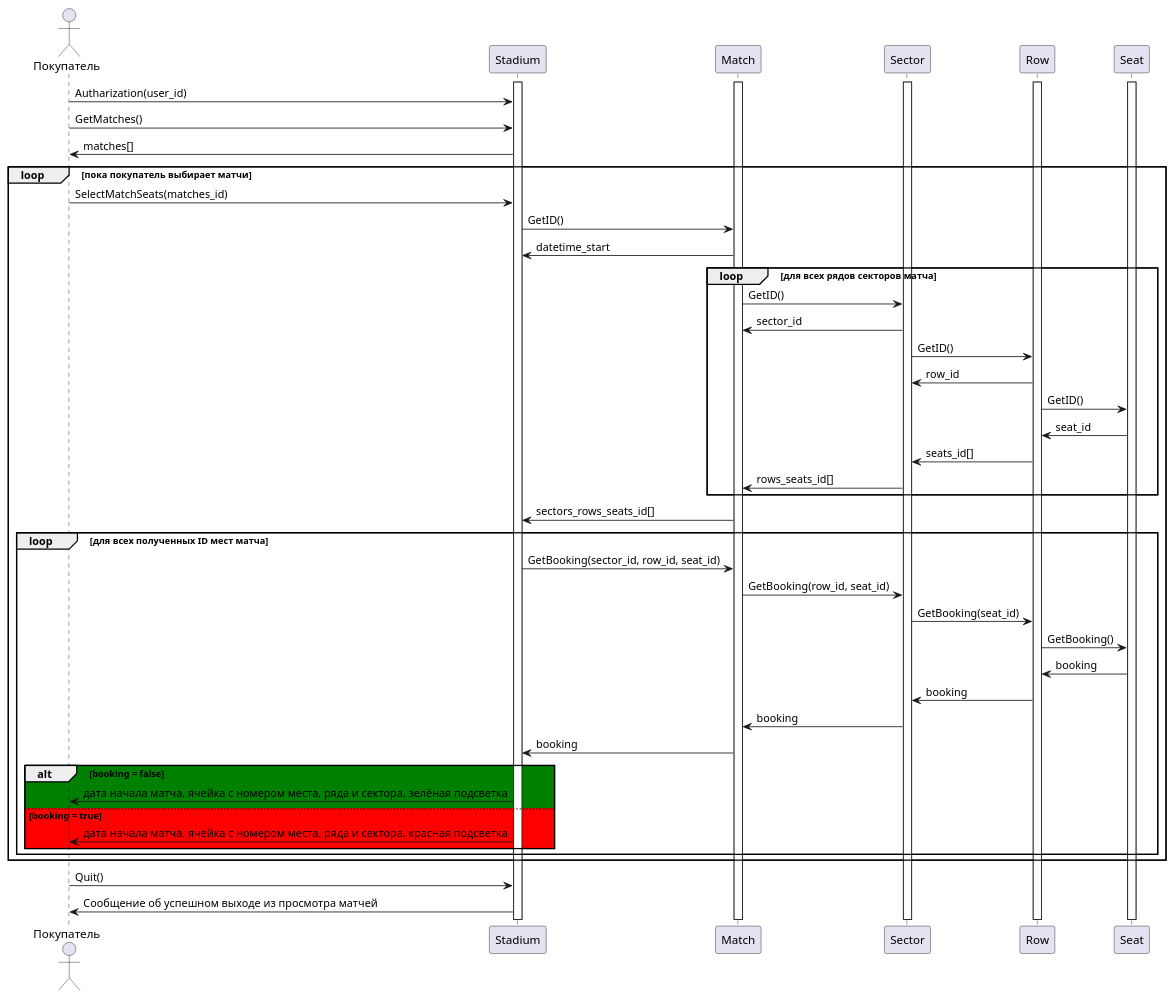
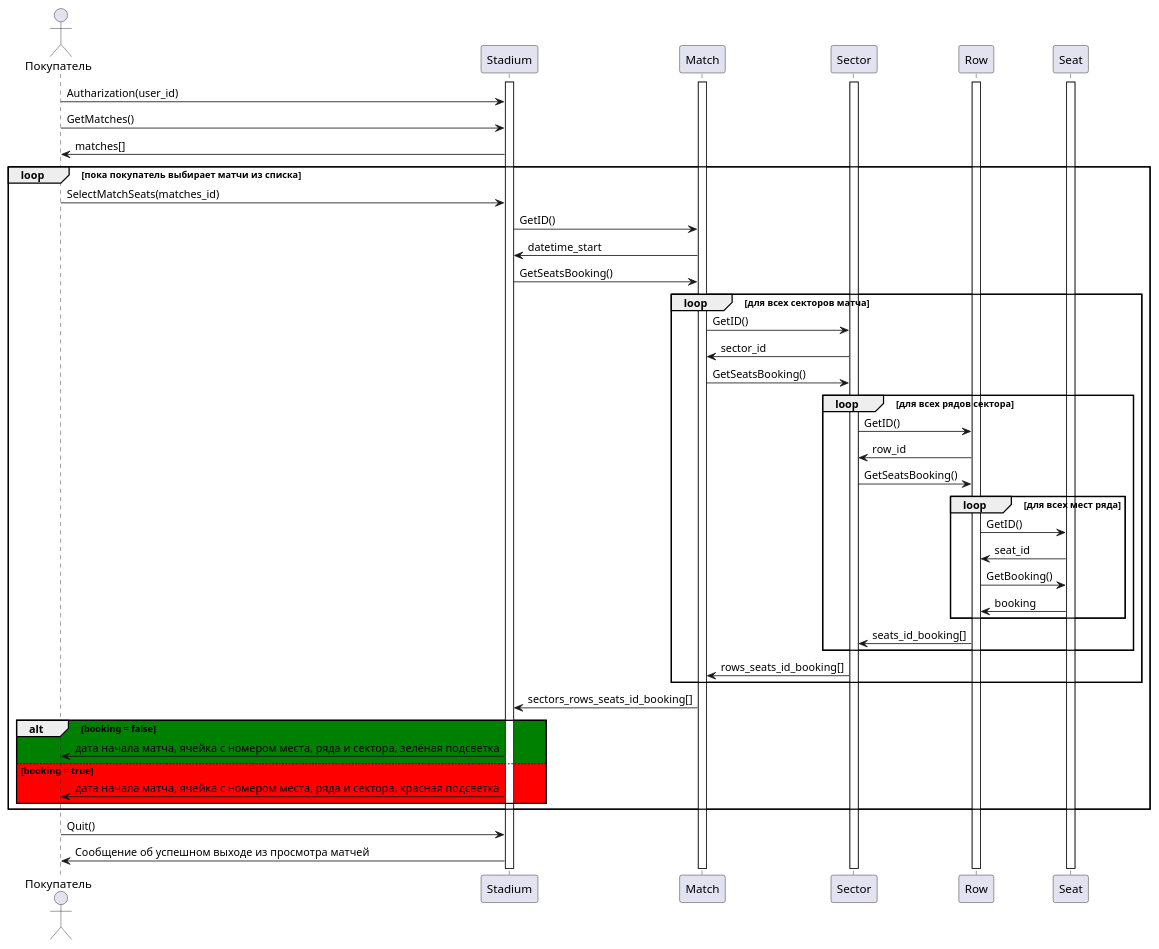
The diagram in Прецеденты/Диаграмма просмотра свободных мест.md (penamarth/bsbo-03-23_team4_var10_football), drawn with PlantUML before and after one commit. The commit also changed 4 other files, not shown here.

Commit message:
Мелкие правки всех диаграмм

````diff
--- a/Прецеденты/Диаграмма просмотра свободных мест.md
+++ b/Прецеденты/Диаграмма просмотра свободных мест.md
@@ -1,68 +1,69 @@
 ```plantuml
 @startuml
 actor Покупатель
 
 activate Stadium
 activate Match
 activate Sector
 activate Row
 activate Seat
 
 Покупатель -> Stadium : Autharization(user_id)
 
 Покупатель -> Stadium : GetMatches()
 Покупатель <- Stadium : matches[]
 
 
-loop пока покупатель выбирает матчи
+loop пока покупатель выбирает матчи из списка
 
 Покупатель -> Stadium : SelectMatchSeats(matches_id)
 Stadium -> Match : GetID()
 Stadium <- Match : datetime_start
+Stadium -> Match : GetSeatsBooking()
 
 
-loop для всех рядов секторов матча
+loop для всех секторов матча
 
 Match -> Sector : GetID()
 Match <- Sector : sector_id
+Match -> Sector : GetSeatsBooking()
+
+loop для всех рядов сектора
+
 Sector -> Row : GetID()
 Sector <- Row : row_id
+Sector -> Row: GetSeatsBooking()
+
+loop для всех мест ряда
+
 Row -> Seat : GetID()
 Row <- Seat : seat_id
-Sector <- Row : seats_id[]
-Match <- Sector : rows_seats_id[]
+Row -> Seat : GetBooking()
+Row <- Seat : booking
 
 end
 
+Sector <- Row : seats_id_booking[]
 
-Stadium <- Match : sectors_rows_seats_id[]
+end
 
+Match <- Sector : rows_seats_id_booking[]
 
-loop для всех полученных ID мест матча
+end
 
-Stadium -> Match : GetBooking(sector_id, row_id, seat_id)
-Match -> Sector : GetBooking(row_id, seat_id)
-Sector -> Row : GetBooking(seat_id)
-Row -> Seat : GetBooking()
-Row <- Seat : booking
-Sector <- Row : booking
-Match <- Sector : booking
-Stadium <- Match : booking
+Stadium <- Match : sectors_rows_seats_id_booking[]
 
 alt #green booking = false
   Покупатель <- Stadium : дата начала матча, ячейка с номером места, ряда и сектора, зелёная подсветка
 else #red booking = true
   Покупатель <- Stadium : дата начала матча, ячейка с номером места, ряда и сектора, красная подсветка
 end
 
 end
 
 
-end
-
-
 Покупатель -> Stadium : Quit()
 Покупатель <- Stadium : Сообщение об успешном выходе из просмотра матчей
 
 @enduml
 ```
````
